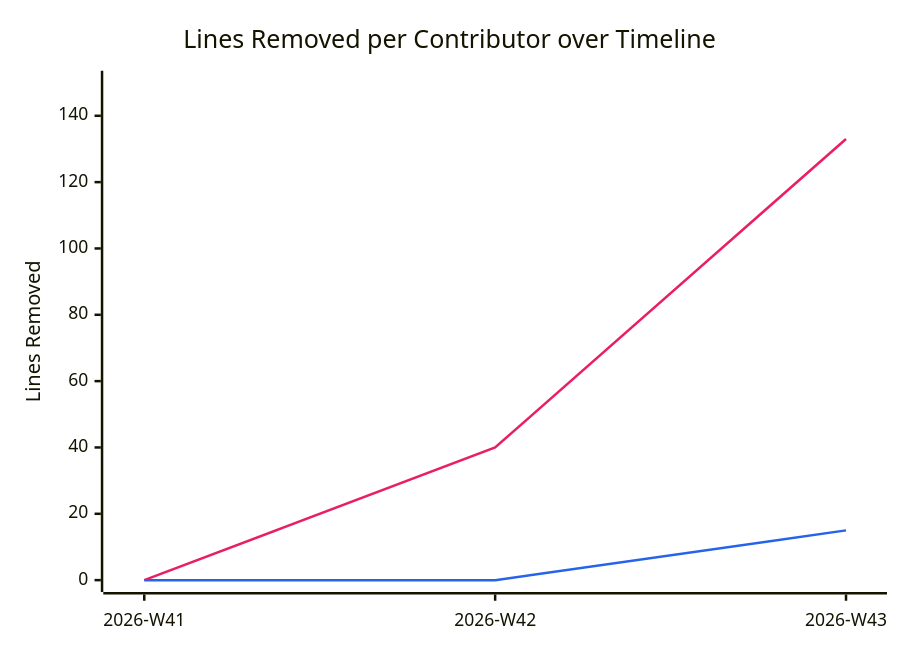
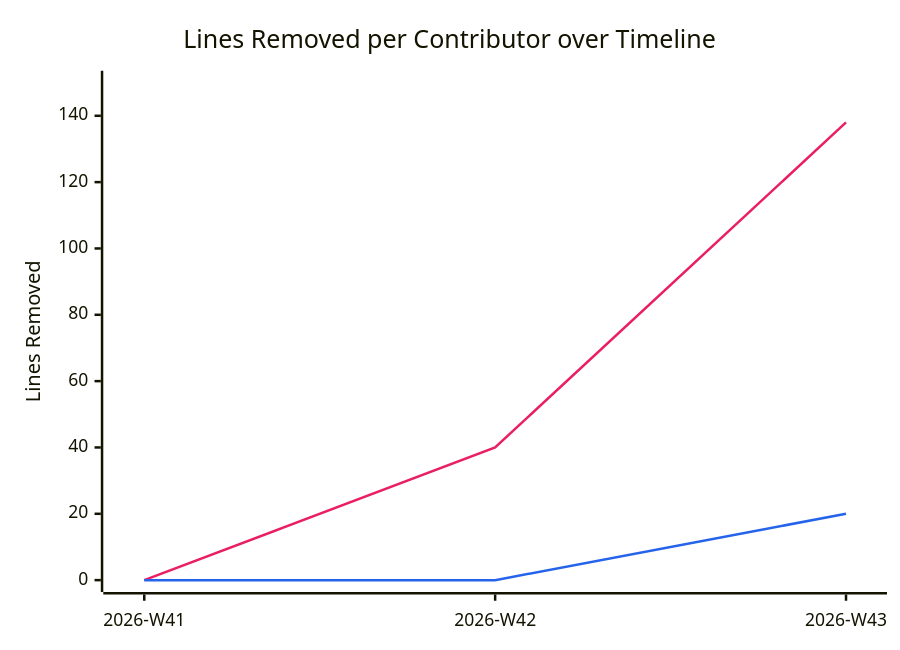
The diagram in documentation/snippets/management/code-deletions.mmd (BeyondMagic/swe-template), drawn with Mermaid before and after one commit. The commit also changed 2 other files, not shown here.

```diff
--- a/documentation/snippets/management/code-deletions.mmd
+++ b/documentation/snippets/management/code-deletions.mmd
@@ -1,7 +1,7 @@
 %%{init: {"themeVariables": {"xyChart": {"plotColorPalette": "#e91e63, #2563eb"}}}}%%
 xychart-beta
     title "Lines Removed per Contributor over Timeline"
     x-axis ["2026-W41", "2026-W42", "2026-W43"]
     y-axis "Lines Removed" 0 --> 150
-    line [0, 40, 133]
-    line [0, 0, 15]
+    line [0, 40, 138]
+    line [0, 0, 20]
```
